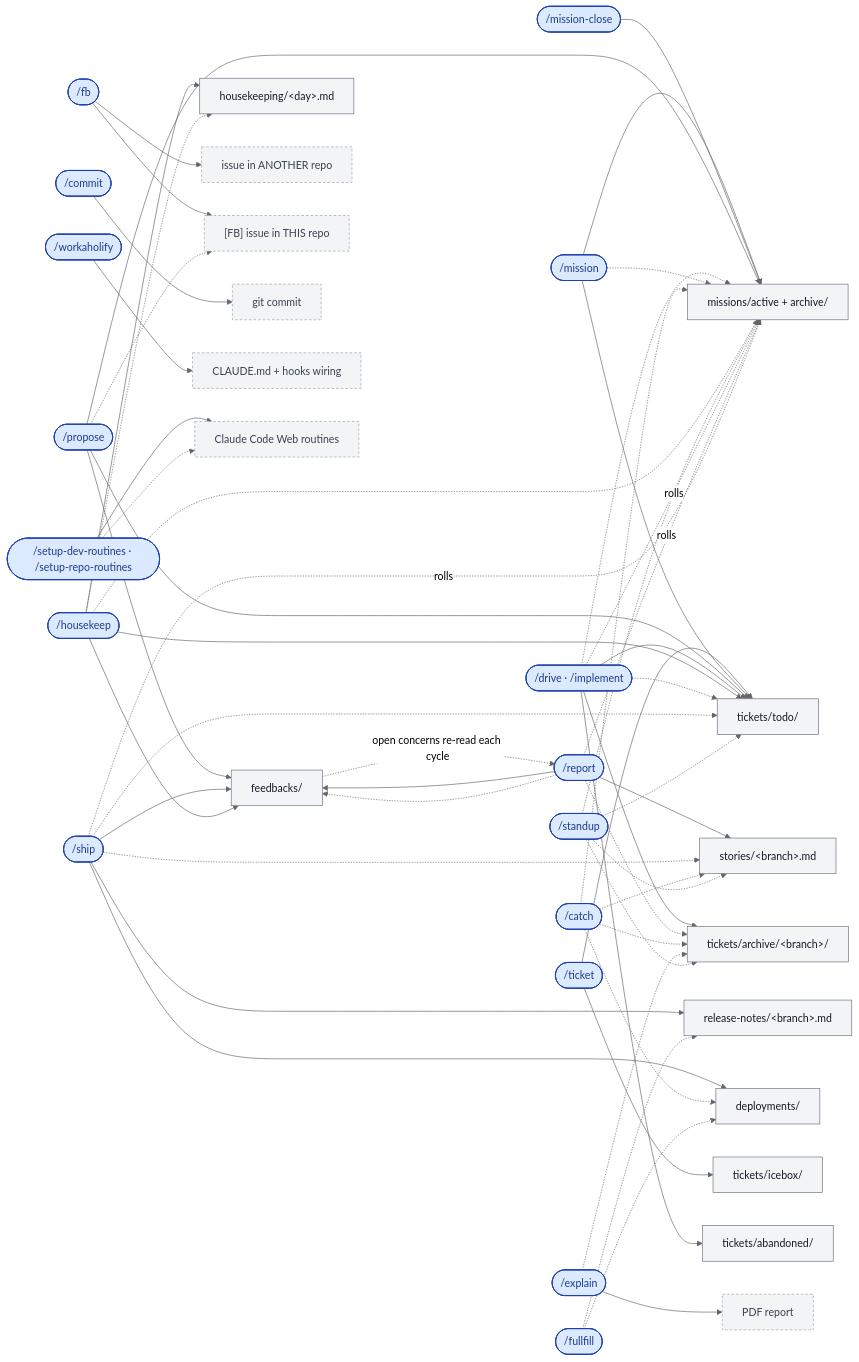
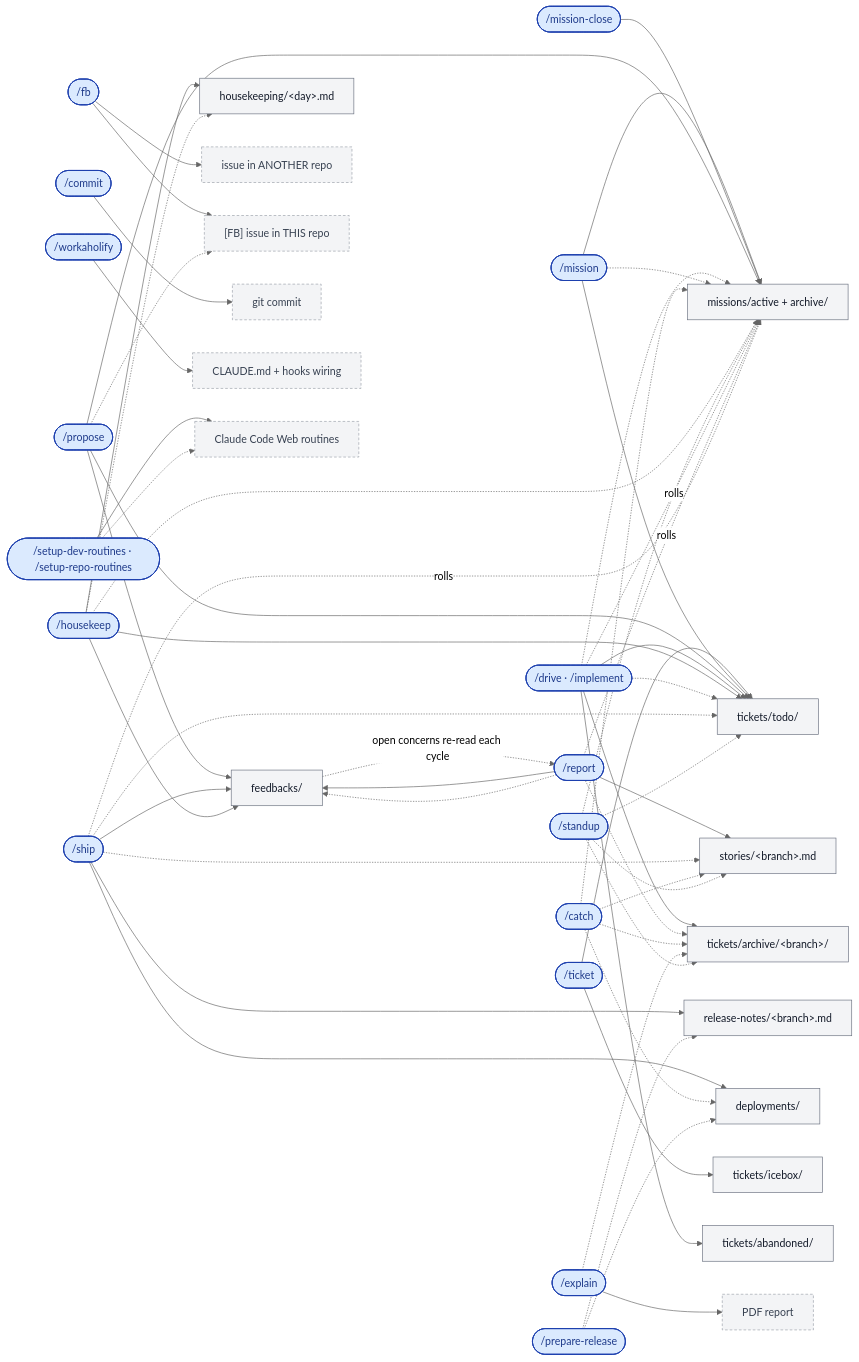
One commit to qmu/workaholic changed the fourth of 5 diagrams in README.md. Above: the diagram before and after it, drawn with Mermaid (neutral theme). The commit also changed other lines of this file and 26 other files, not shown here.

First line of the commit message:
Rename fullfill to prepare-release

```diff
--- a/README.md
+++ b/README.md
@@ -318,7 +318,7 @@
   explain(["/explain"])
   workaholify(["/workaholify"])
   setuproutines(["/setup-dev-routines · /setup-repo-routines"])
-  releasestatus(["/fullfill"])
+  releasestatus(["/prepare-release"])
   standup(["/standup"])
   housekeep(["/housekeep"])
 
```
